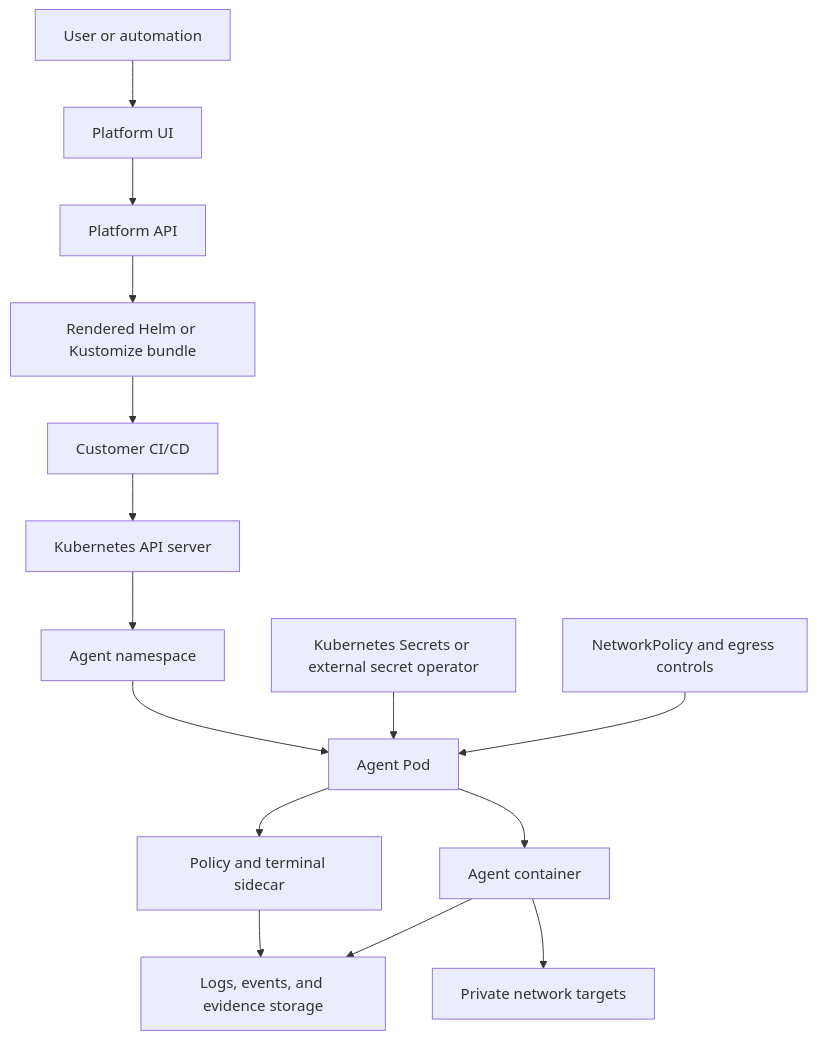
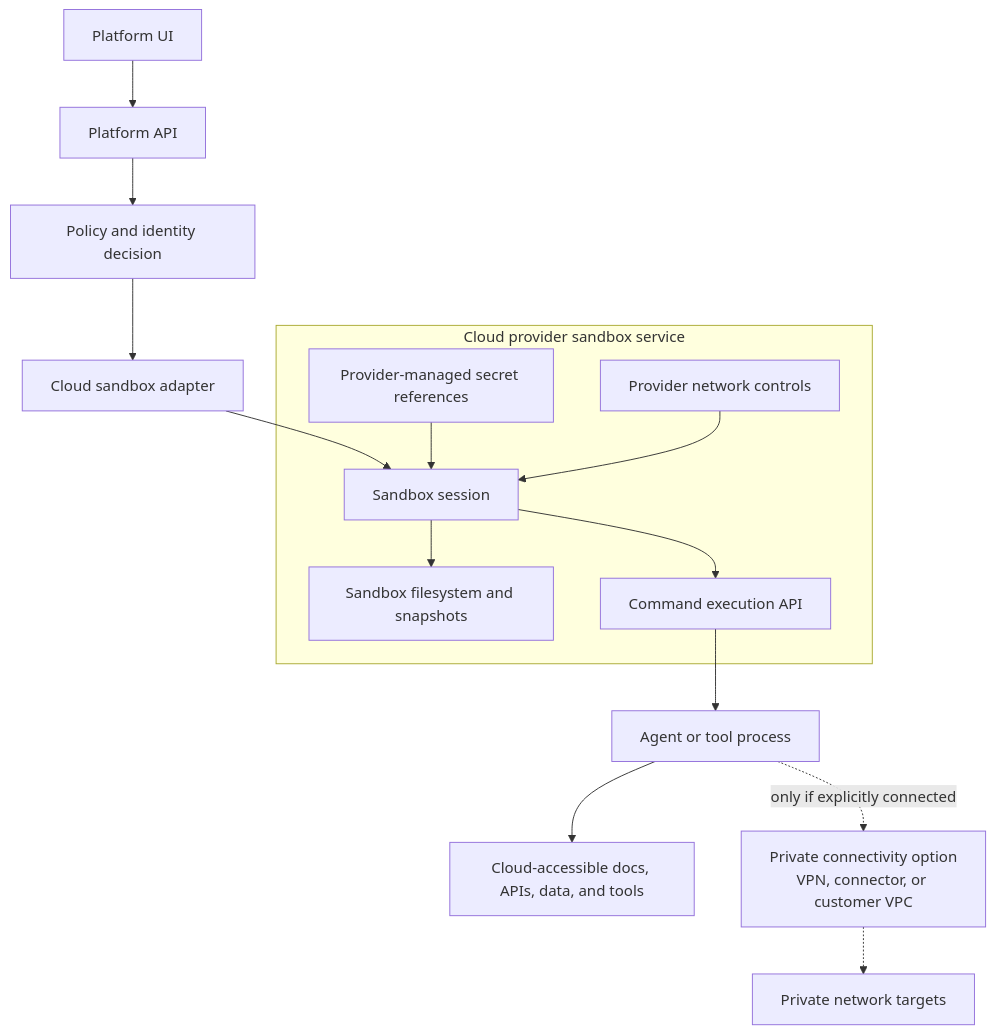
The third of 7 diagrams in docs/architecture/runtime-execution-environment-evaluation.md (ColtMercer/the-agentic-network-platform), drawn with Mermaid before and after one commit. The commit also changed other lines of this file and 1 other file, not shown here.

````diff
--- a/docs/architecture/runtime-execution-environment-evaluation.md
+++ b/docs/architecture/runtime-execution-environment-evaluation.md
@@ -291,32 +193,33 @@
 ```mermaid
 flowchart TB
-    user["User or automation"]
     ui["Platform UI"]
     api["Platform API"]
-    cicd["Customer CI/CD"]
-    manifests["Rendered Helm or Kustomize bundle"]
-    apiserver["Kubernetes API server"]
-    namespace["Agent namespace"]
-    pod["Agent Pod"]
-    sidecar["Policy and terminal sidecar"]
-    agent["Agent container"]
-    secrets["Kubernetes Secrets or external secret operator"]
-    netpol["NetworkPolicy and egress controls"]
-    logs["Logs, events, and evidence storage"]
-    network["Private network targets"]
+    policy["Policy and identity decision"]
+    adapter["Cloud sandbox adapter"]
 
-    user --> ui
+    subgraph cloud["Cloud provider sandbox service"]
+        session["Sandbox session"]
+        files["Sandbox filesystem and snapshots"]
+        exec["Command execution API"]
+        egress["Provider network controls"]
+        providerSecrets["Provider-managed secret references"]
+    end
+
+    agent["Agent or tool process"]
+    cloudTargets["Cloud-accessible docs, APIs, data, and tools"]
+    privateTargets["Private network targets"]
+    connector["Private connectivity option<br/>VPN, connector, or customer VPC"]
+
     ui --> api
-    api --> manifests
-    manifests --> cicd
-    cicd --> apiserver
-    apiserver --> namespace
-    namespace --> pod
-    pod --> sidecar
-    pod --> agent
-    secrets --> pod
-    netpol --> pod
-    agent --> network
-    sidecar --> logs
-    agent --> logs
+    api --> policy
+    policy --> adapter
+    adapter --> session
+    session --> files
+    session --> exec
+    providerSecrets --> session
+    egress --> session
+    exec --> agent
+    agent --> cloudTargets
+    agent -. "only if explicitly connected" .-> connector
+    connector -.-> privateTargets
 ```
````
